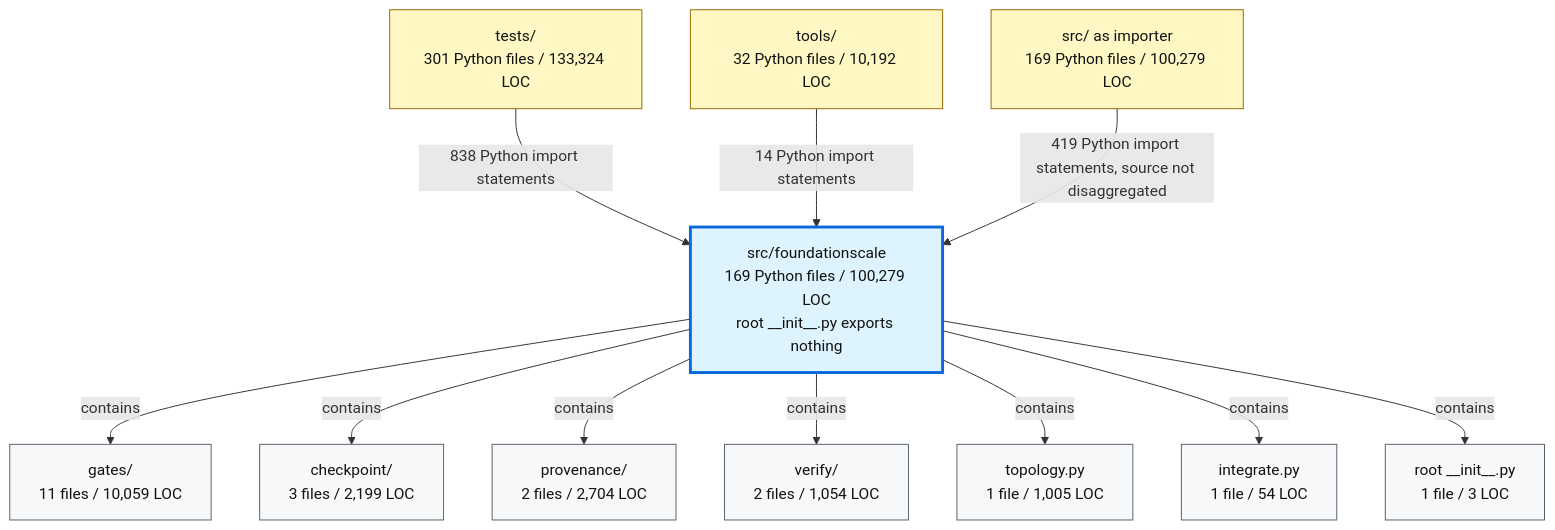
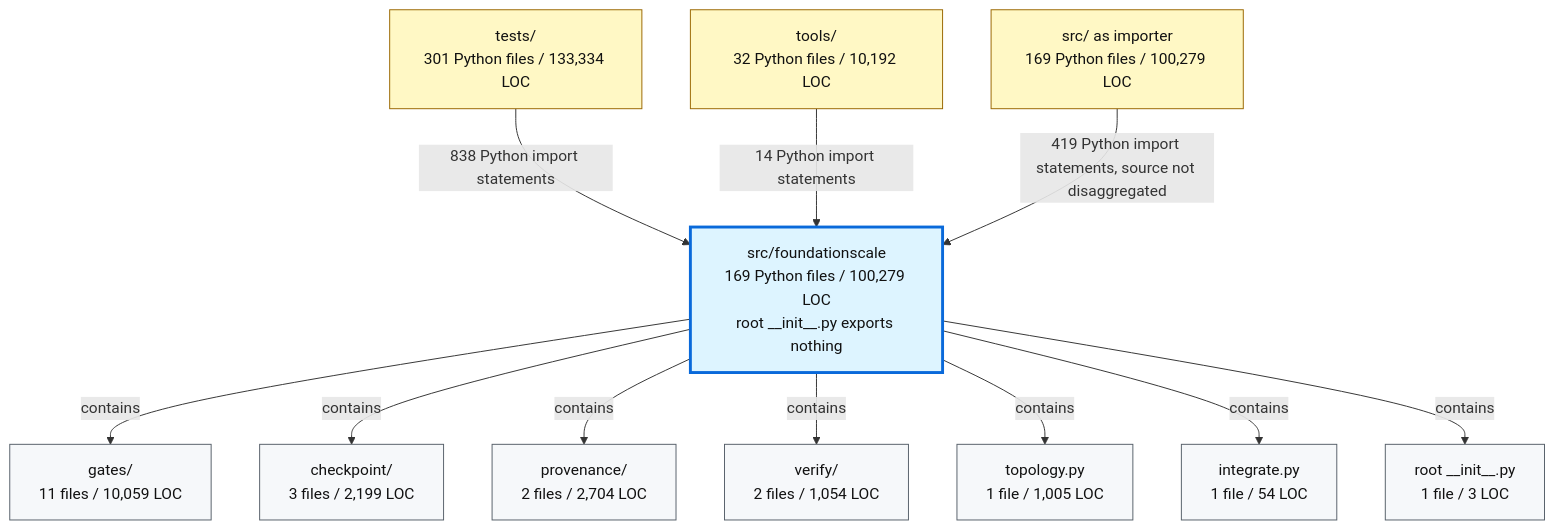
Before and after one commit to TranNhiem/FoundationScale: the second of 2 diagrams in docs/review/D2_current_architecture.md, drawn with Mermaid. The commit also changed 7 other files, not shown here.

````diff
--- a/docs/review/D2_current_architecture.md
+++ b/docs/review/D2_current_architecture.md
@@ -97,36 +97,36 @@
 ```mermaid
 flowchart TB
-  TESTS["tests/<br/>301 Python files / 133,324 LOC"]
+  TESTS["tests/<br/>301 Python files / 133,334 LOC"]
   TOOLS["tools/<br/>32 Python files / 10,192 LOC"]
   SRC["src/ as importer<br/>169 Python files / 100,279 LOC"]
 
   FS["src/foundationscale<br/>169 Python files / 100,279 LOC<br/>root __init__.py exports nothing"]
 
   GATES["gates/<br/>11 files / 10,059 LOC"]
   CKPT["checkpoint/<br/>3 files / 2,199 LOC"]
   PROV["provenance/<br/>2 files / 2,704 LOC"]
   VERIFY["verify/<br/>2 files / 1,054 LOC"]
   TOPO["topology.py<br/>1 file / 1,005 LOC"]
   INTEG["integrate.py<br/>1 file / 54 LOC"]
   ROOT["root __init__.py<br/>1 file / 3 LOC"]
 
   TESTS -->|"838 Python import statements"| FS
   TOOLS -->|"14 Python import statements"| FS
   SRC -->|"419 Python import statements, source not disaggregated"| FS
 
   FS -->|"contains"| GATES
   FS -->|"contains"| CKPT
   FS -->|"contains"| PROV
   FS -->|"contains"| VERIFY
   FS -->|"contains"| TOPO
   FS -->|"contains"| INTEG
   FS -->|"contains"| ROOT
 
   classDef consumer fill:#fff8c5,stroke:#9a6700,color:#111;
   classDef package fill:#ddf4ff,stroke:#0969da,stroke-width:3px,color:#111;
   classDef module fill:#f6f8fa,stroke:#57606a,color:#111;
 
   class TESTS,TOOLS,SRC consumer;
   class FS package;
   class GATES,CKPT,PROV,VERIFY,TOPO,INTEG,ROOT module;
 ```
````
